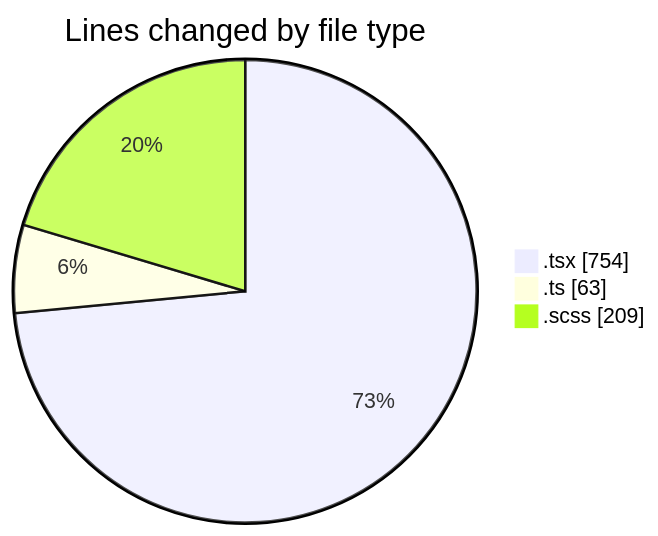
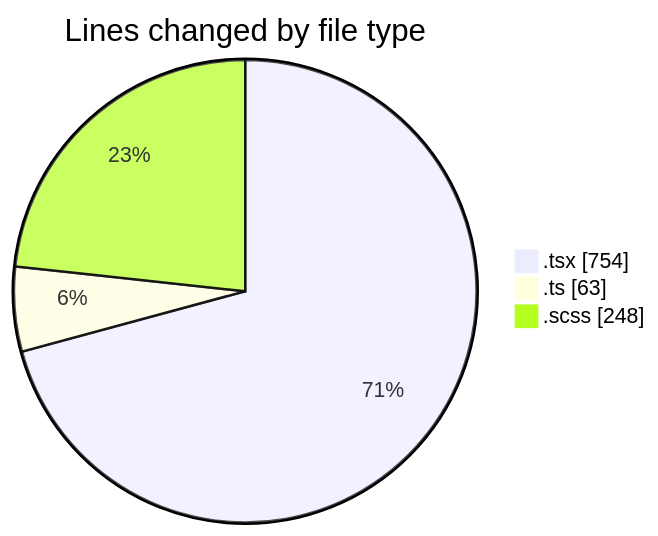
The first of 2 diagrams in 2025-04-02/cda/README.md (momahboobian/code-tracking), drawn with Mermaid before and after one commit. The commit also changed other lines of this file and 1 other file, not shown here.

````diff
--- a/2025-04-02/cda/README.md
+++ b/2025-04-02/cda/README.md
@@ -25,7 +25,7 @@
 ```mermaid
 pie showData
 title Lines changed by file type
 ".tsx" : 754
 ".ts" : 63
-".scss" : 209
+".scss" : 248
 ```
````
